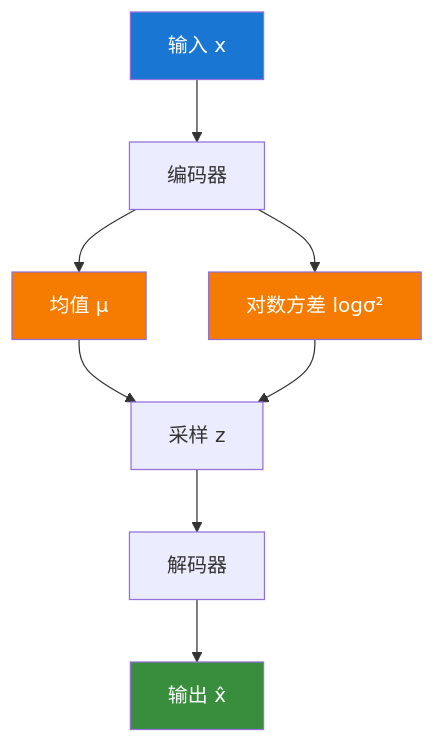
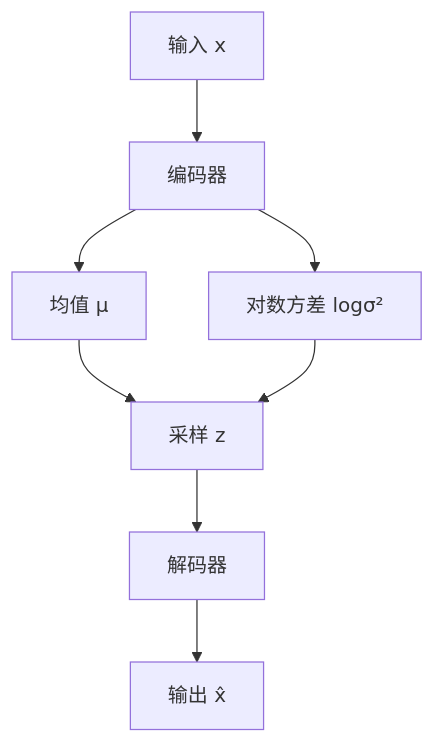
One commit to Zheng-Enci/Knoweledges changed the third of 5 diagrams in 一起学Transformer/01a-编码器解码器架构详解.md. Above: the diagram before and after it, drawn with Mermaid. The commit also changed other lines of this file, not shown here.

````diff
--- a/一起学Transformer/01a-编码器解码器架构详解.md
+++ b/一起学Transformer/01a-编码器解码器架构详解.md
@@ -537,15 +530,10 @@
 ```mermaid
 flowchart TB
     I[输入 x] --> E[编码器]
     E --> MU[均值 μ]
     E --> LOGVAR[对数方差 logσ²]
     MU --> Z[采样 z]
     LOGVAR --> Z
     Z --> D[解码器]
     D --> O[输出 x̂]
-    
-    style I fill:#1976d2,color:#fff
-    style MU fill:#f57c00,color:#fff
-    style LOGVAR fill:#f57c00,color:#fff
-    style O fill:#388e3c,color:#fff
 ```
````
